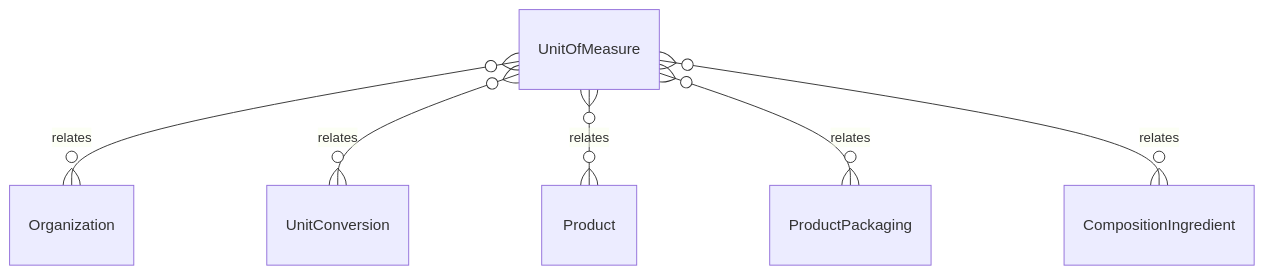
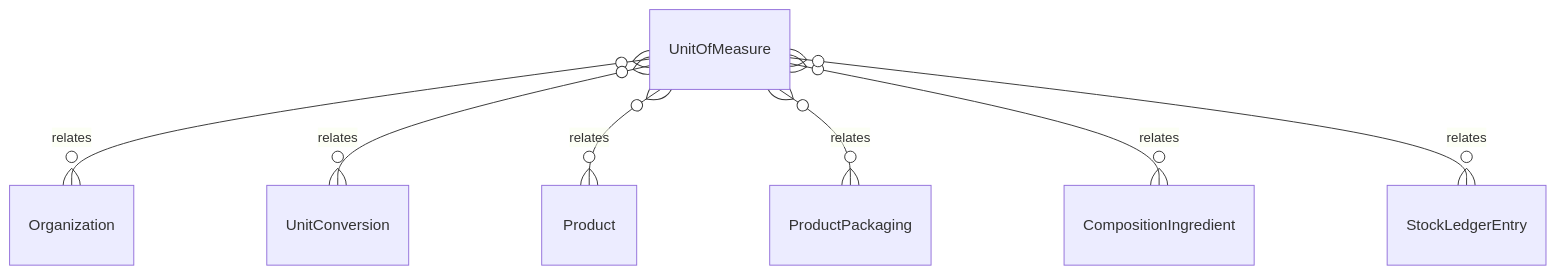
One commit to tejasnirala/rcln changed the diagram in .kb/Database/UnitOfMeasure.md. Above: the diagram before and after it, drawn with Mermaid. The commit also changed other lines of this file and 148 other files, not shown here.

````diff
--- a/.kb/Database/UnitOfMeasure.md
+++ b/.kb/Database/UnitOfMeasure.md
@@ -49,8 +50,9 @@
 ```mermaid
 erDiagram
     UnitOfMeasure }o--o{ Organization : relates
     UnitOfMeasure }o--o{ UnitConversion : relates
     UnitOfMeasure }o--o{ Product : relates
     UnitOfMeasure }o--o{ ProductPackaging : relates
     UnitOfMeasure }o--o{ CompositionIngredient : relates
+    UnitOfMeasure }o--o{ StockLedgerEntry : relates
 ```
````
